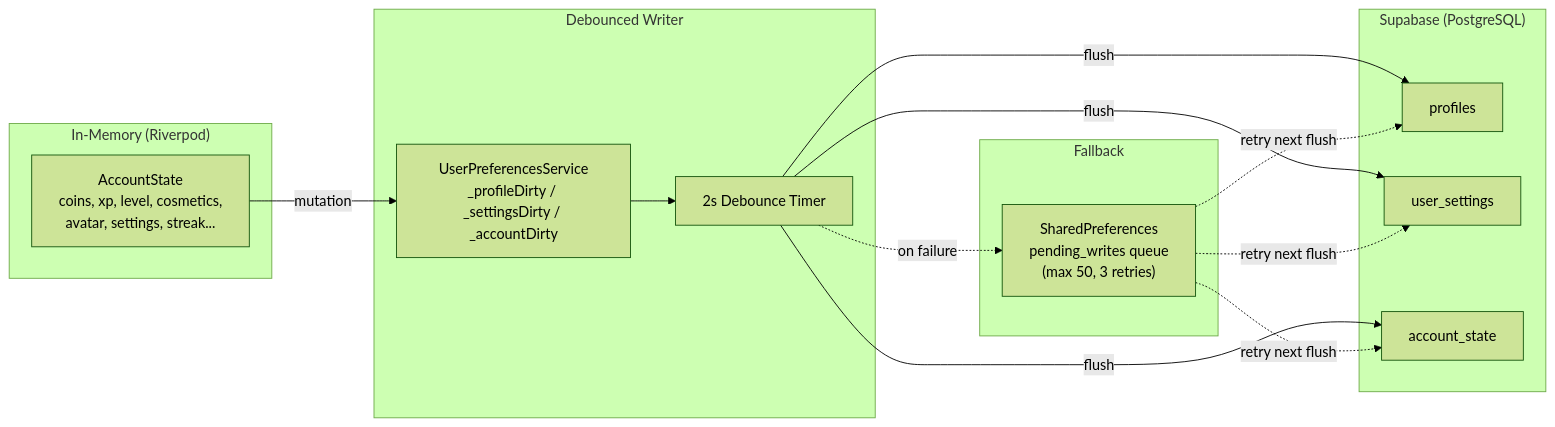
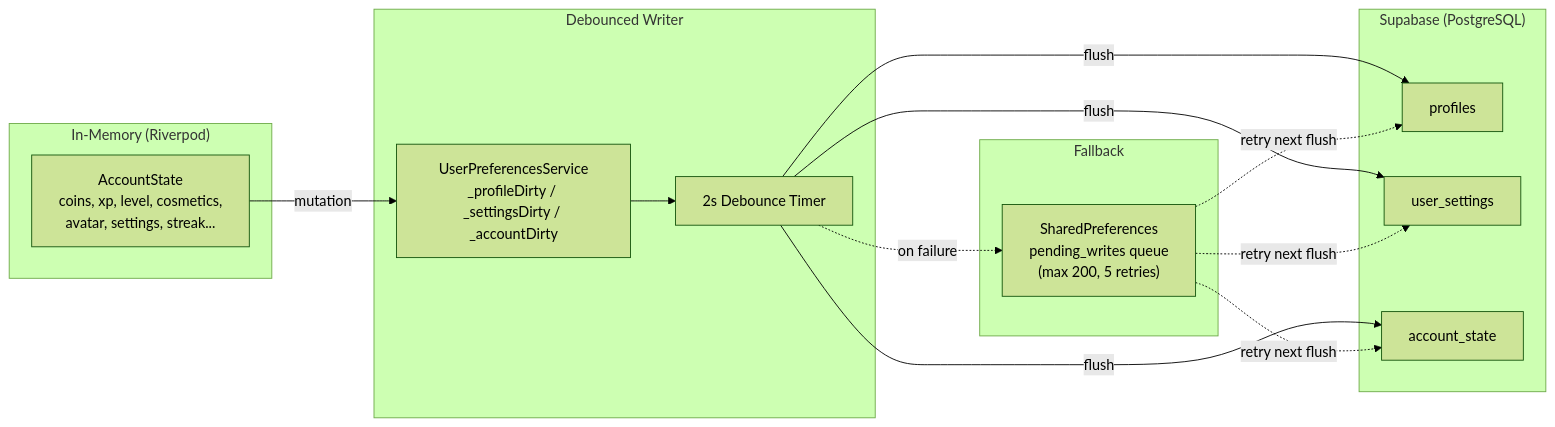
The third of 17 diagrams in ARCHITECTURE.md (JamieMBright/flit), drawn with Mermaid (forest theme) before and after one commit. The commit also changed other lines of this file, not shown here.

First line of the commit message:
docs: update ARCHITECTURE.md with 2026-02-25 persistence audit findings

````diff
--- a/ARCHITECTURE.md
+++ b/ARCHITECTURE.md
@@ -204,31 +204,31 @@
 ```mermaid
 graph LR
     subgraph "In-Memory (Riverpod)"
         A["AccountState<br/>coins, xp, level, cosmetics,<br/>avatar, settings, streak..."]
     end
 
     subgraph "Debounced Writer"
         B["UserPreferencesService<br/>_profileDirty / _settingsDirty / _accountDirty"]
         T["2s Debounce Timer"]
     end
 
     subgraph "Supabase (PostgreSQL)"
         P["profiles"]
         S["user_settings"]
         AS2["account_state"]
     end
 
     subgraph "Fallback"
-        Q["SharedPreferences<br/>pending_writes queue<br/>(max 50, 3 retries)"]
+        Q["SharedPreferences<br/>pending_writes queue<br/>(max 200, 5 retries)"]
     end
 
     A -->|mutation| B
     B --> T
     T -->|flush| P
     T -->|flush| S
     T -->|flush| AS2
     T -.->|on failure| Q
     Q -.->|retry next flush| P
     Q -.->|retry next flush| S
     Q -.->|retry next flush| AS2
 ```
````
